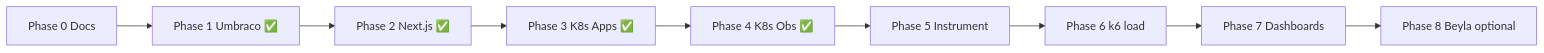
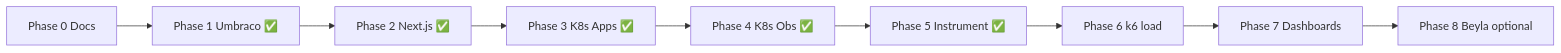
The diagram in docs/IMPLEMENTATION_PLAN.md (1k-off/umbraco-observability-playground), drawn with Mermaid before and after one commit. The commit also changed other lines of this file and 15 other files, not shown here.

````diff
--- a/docs/IMPLEMENTATION_PLAN.md
+++ b/docs/IMPLEMENTATION_PLAN.md
@@ -9,11 +9,11 @@
 ```mermaid
 flowchart LR
   P0[Phase 0 Docs] --> P1[Phase 1 Umbraco ✅]
   P1 --> P2[Phase 2 Next.js ✅]
   P2 --> P3[Phase 3 K8s Apps ✅]
   P3 --> P4[Phase 4 K8s Obs ✅]
-  P4 --> P5[Phase 5 Instrument]
+  P4 --> P5[Phase 5 Instrument ✅]
   P5 --> P6[Phase 6 k6 load]
   P6 --> P7[Phase 7 Dashboards]
   P7 --> P8[Phase 8 Beyla optional]
 ```
````
